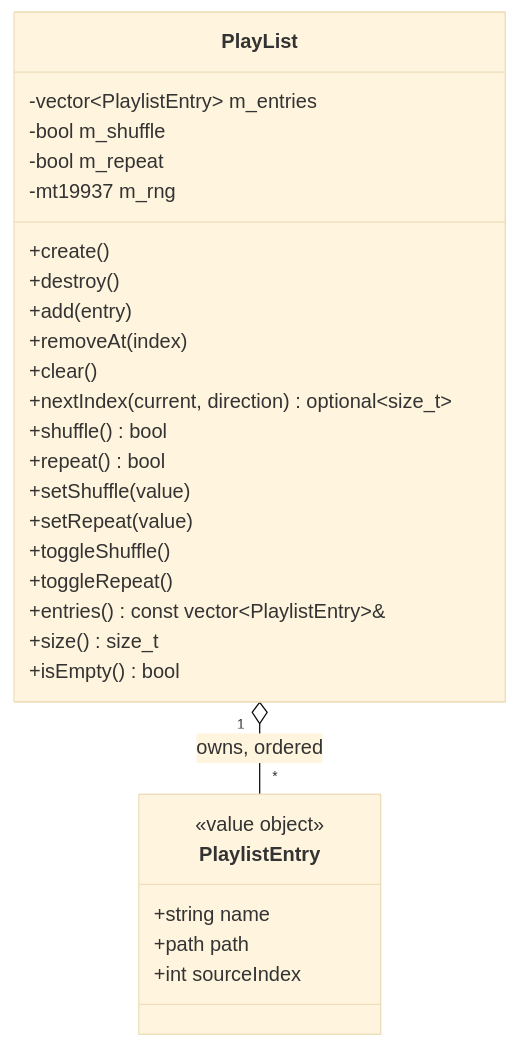
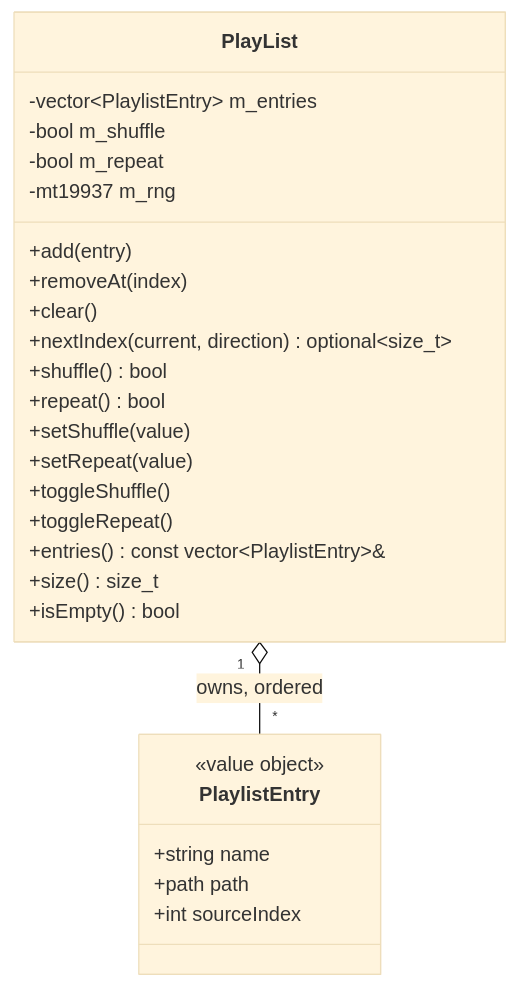
The diagram in docs/playlist.md (notnotme/osp2), drawn with Mermaid (base theme) before and after one commit. The commit also changed other lines of this file and 21 other files, not shown here.

First line of the commit message:
refactor(player): collapse plugin two-phase create/destroy into RAII (TODO_34a)

````diff
--- a/docs/playlist.md
+++ b/docs/playlist.md
@@ -5,33 +5,31 @@
 ```mermaid
 classDiagram
     class PlaylistEntry {
         <<value object>>
         +string name
         +path path
         +int sourceIndex
     }
 
     class PlayList {
         -vector~PlaylistEntry~ m_entries
         -bool m_shuffle
         -bool m_repeat
         -mt19937 m_rng
-        +create()
-        +destroy()
         +add(entry)
         +removeAt(index)
         +clear()
         +nextIndex(current, direction) optional~size_t~
         +shuffle() bool
         +repeat() bool
         +setShuffle(value)
         +setRepeat(value)
         +toggleShuffle()
         +toggleRepeat()
         +entries() const vector~PlaylistEntry~&
         +size() size_t
         +isEmpty() bool
     }
 
     PlayList "1" o-- "*" PlaylistEntry : owns, ordered
 ```
````
